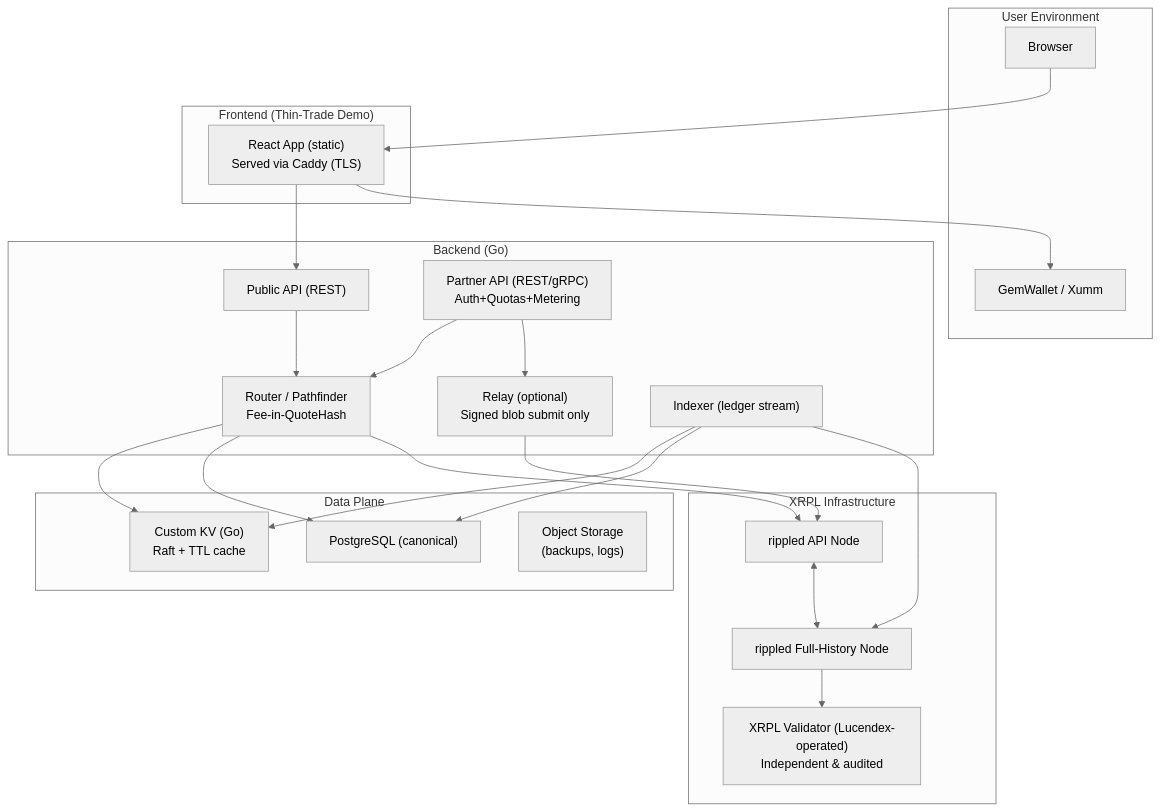
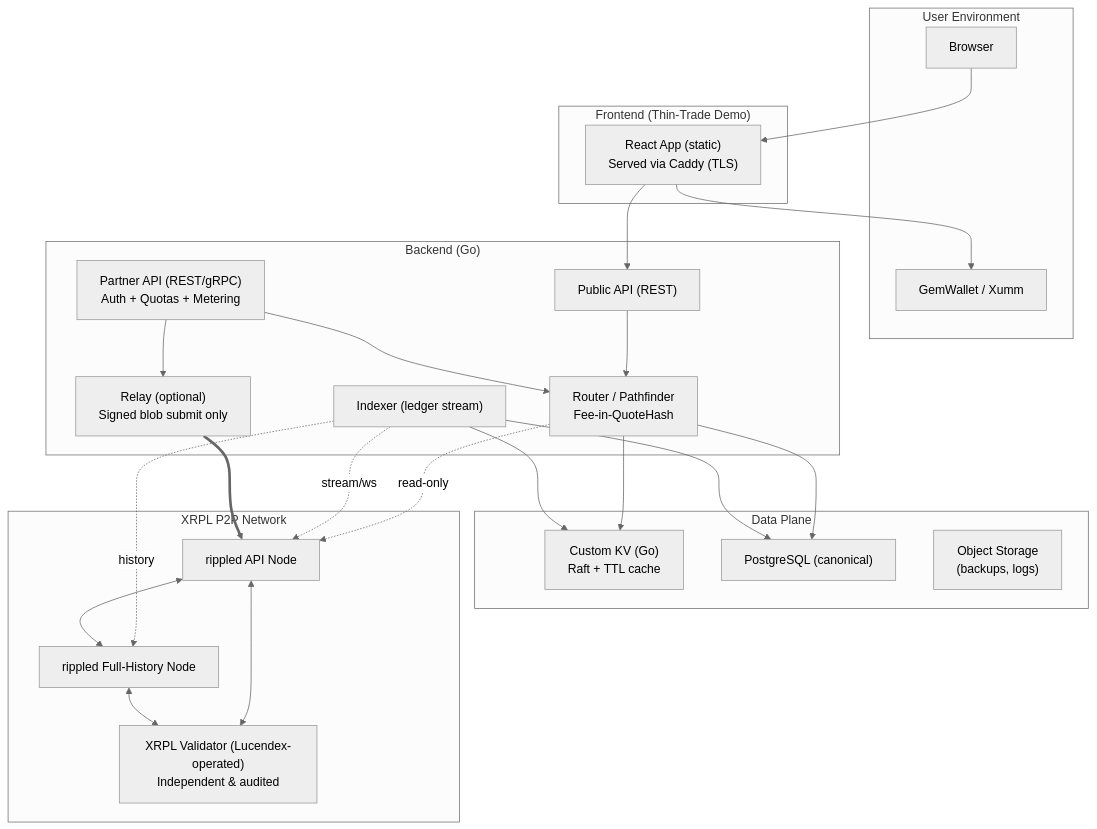
Before and after one commit to novatechflow/lucendex-validator-verification: the diagram in doc/architecture.md, drawn with Mermaid (neutral theme).

Commit message:
update architecture

````diff
--- a/doc/architecture.md
+++ b/doc/architecture.md
@@ -39,50 +39,59 @@
 ```mermaid
 flowchart TD
+    %% GROUPS
     subgraph CLIENT["User Environment"]
         U[Browser]
         W[GemWallet / Xumm]
     end
 
     subgraph FE["Frontend (Thin-Trade Demo)"]
         FE1["React App (static)<br/>Served via Caddy (TLS)"]
     end
 
     subgraph BE["Backend (Go)"]
         APIPUB["Public API (REST)"]
-        APIPARTNER["Partner API (REST/gRPC)<br/>Auth+Quotas+Metering"]
+        APIPARTNER["Partner API (REST/gRPC)<br/>Auth + Quotas + Metering"]
         ROUTER["Router / Pathfinder<br/>Fee-in-QuoteHash"]
         RELAY["Relay (optional)<br/>Signed blob submit only"]
         IDX["Indexer (ledger stream)"]
     end
 
     subgraph DATA["Data Plane"]
         KV["Custom KV (Go)<br/>Raft + TTL cache"]
         DB["PostgreSQL (canonical)"]
         OBJ["Object Storage<br/>(backups, logs)"]
     end
 
-    subgraph XRPL["XRPL Infrastructure"]
+    %% Represent XRPL network explicitly
+    subgraph XRPLNET["XRPL P2P Network"]
         R1["rippled API Node"]
         R2["rippled Full-History Node"]
         V1["XRPL Validator (Lucendex-operated)<br/>Independent & audited"]
     end
 
+    %% CLIENT / FE
     U --> FE1
     FE1 --> APIPUB
     FE1 --> W
 
+    %% BE reads/writes (dashed = read/subscribe, solid = write/submit)
     APIPUB --> ROUTER
     APIPARTNER --> ROUTER
     APIPARTNER --> RELAY
 
+    ROUTER -. read-only .-> R1
     ROUTER --> KV
     ROUTER --> DB
+    IDX -. stream/ws .-> R1
+    IDX -. history .-> R2
     IDX --> KV
     IDX --> DB
 
-    RELAY --> R1
-    ROUTER --> R1
-    IDX --> R2
+    %% Submit path (signed blob only)
+    RELAY ==> R1
+
+    %% XRPL peering (not a parent/child)
     R1 <--> R2
-    R2 --> V1
+    R1 <--> V1
+    R2 <--> V1
 ```
````
